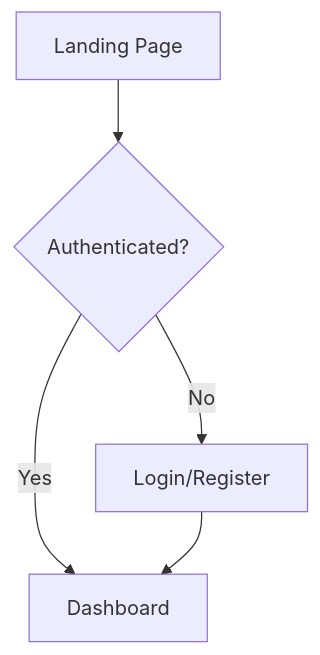
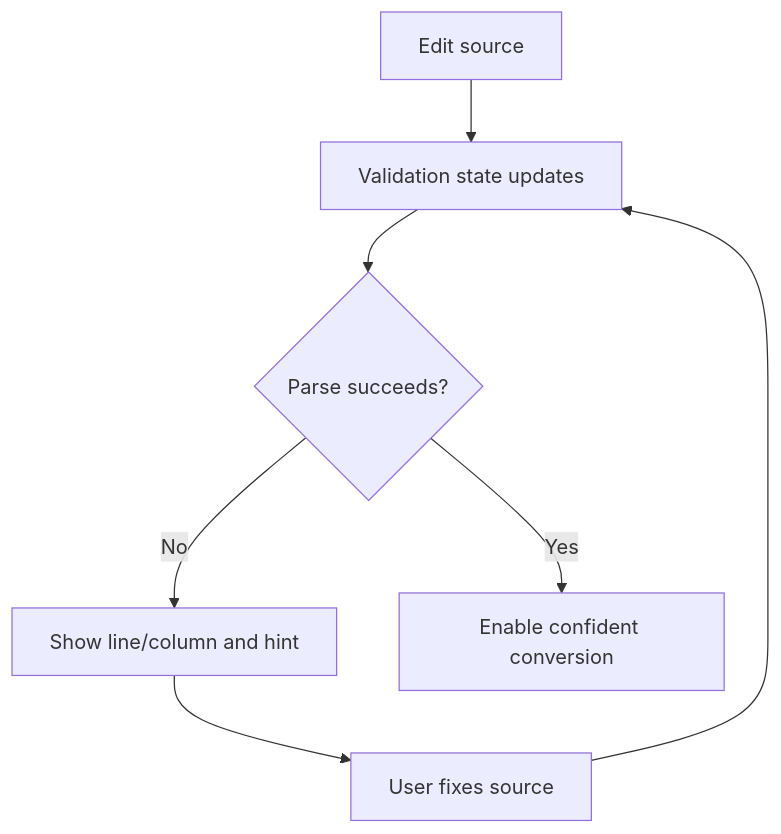
One commit to superiority-claw-agent/json-yaml-spark-0606 changed the second of 3 diagrams in docs/ux/ux-spec.md. Above: the diagram before and after it, drawn with Mermaid. The commit also changed other lines of this file and 5 other files, not shown here.

````diff
--- a/docs/ux/ux-spec.md
+++ b/docs/ux/ux-spec.md
@@ -7,7 +28,9 @@
 ```mermaid
 flowchart TD
-    A[Landing Page] --> B{Authenticated?}
-    B -->|No| C[Login/Register]
-    B -->|Yes| D[Dashboard]
-    C --> D
+    A[Edit source] --> B[Validation state updates]
+    B --> C{Parse succeeds?}
+    C -->|No| D[Show line/column and hint]
+    D --> E[User fixes source]
+    E --> B
+    C -->|Yes| F[Enable confident conversion]
 ```
````
